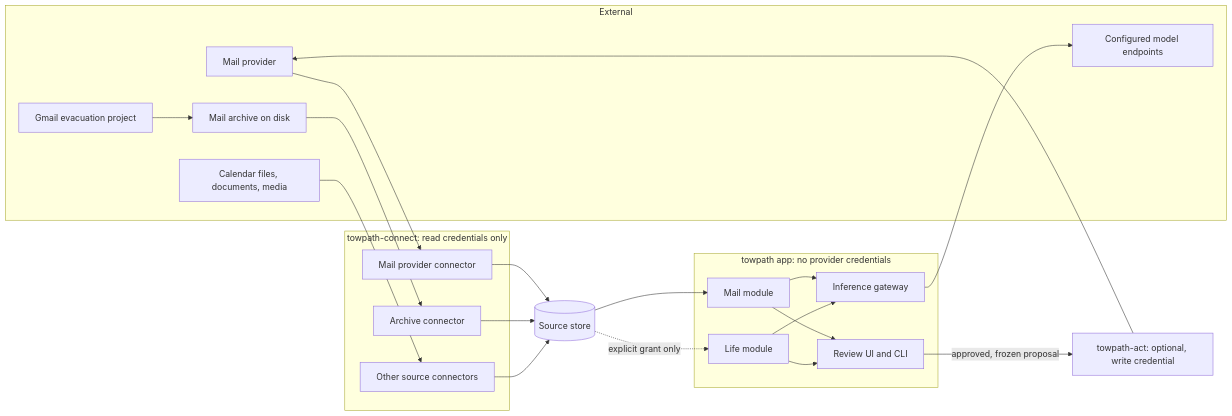
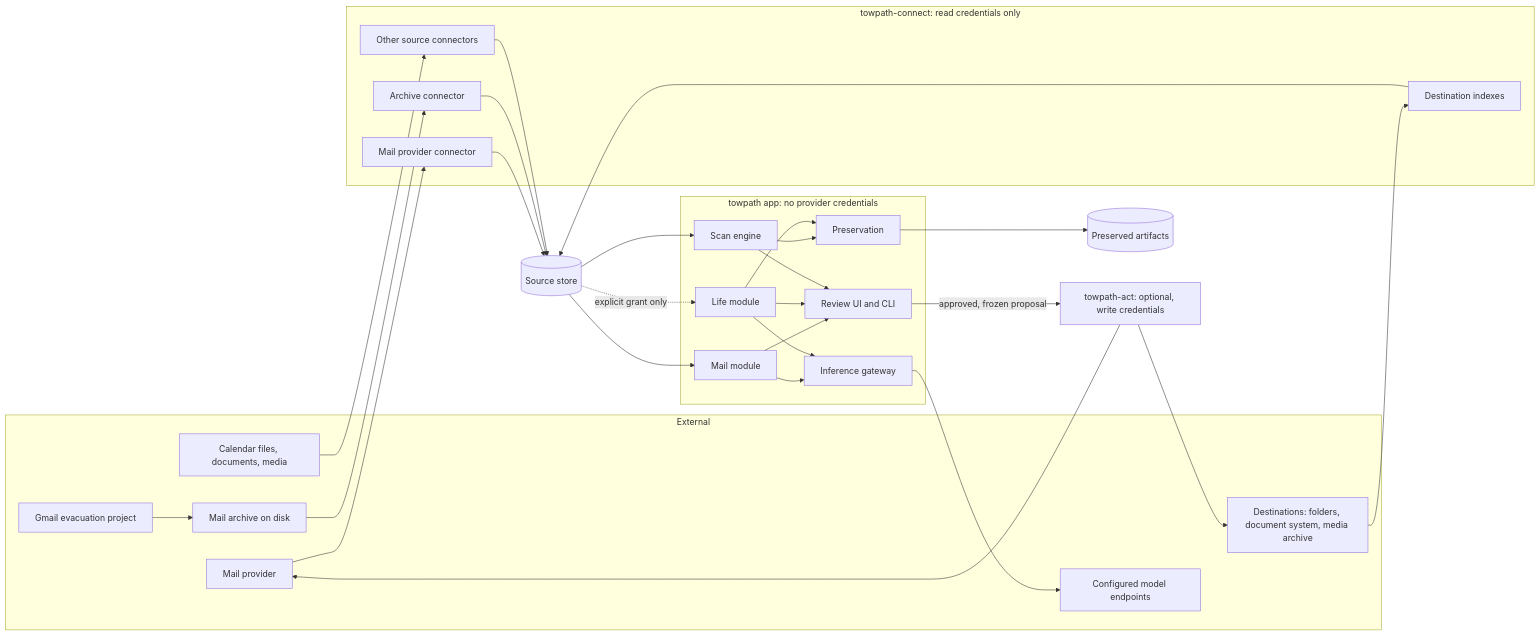
Before and after one commit to endthestart/towpath: the diagram in docs/architecture.md, drawn with Mermaid. The commit also changed other lines of this file and 9 other files, not shown here.

First line of the commit message:
Record owner decisions; add scans, destinations, and preserved artifacts

````diff
--- a/docs/architecture.md
+++ b/docs/architecture.md
@@ -19,44 +19,56 @@
 ```mermaid
 flowchart LR
     subgraph External
         Provider[Mail provider]
         ArchiveFiles[Mail archive on disk]
         Files[Calendar files, documents, media]
         Endpoint[Configured model endpoints]
         Evac[Gmail evacuation project]
+        Dest[Destinations: folders, document system, media archive]
     end
 
     subgraph Connect[towpath-connect: read credentials only]
         MailConn[Mail provider connector]
         ArchConn[Archive connector]
         OtherConn[Other source connectors]
+        DestIdx[Destination indexes]
     end
 
     subgraph App[towpath app: no provider credentials]
         Mail[Mail module]
         Life[Life module]
+        Scan[Scan engine]
+        Keep[Preservation]
         Gateway[Inference gateway]
         Review[Review UI and CLI]
     end
 
-    Act[towpath-act: optional, write credential]
+    Act[towpath-act: optional, write credentials]
 
     Provider --> MailConn
     ArchiveFiles --> ArchConn
     Files --> OtherConn
     MailConn --> SourceStore[(Source store)]
     ArchConn --> SourceStore
     OtherConn --> SourceStore
+    Dest --> DestIdx
+    DestIdx --> SourceStore
 
     SourceStore --> Mail
     SourceStore -. explicit grant only .-> Life
+    SourceStore --> Scan
+    Scan --> Keep
+    Life --> Keep
+    Keep --> Vault[(Preserved artifacts)]
     Mail --> Gateway
     Life --> Gateway
     Gateway --> Endpoint
     Mail --> Review
     Life --> Review
 
+    Scan --> Review
     Review -- approved, frozen proposal --> Act
     Act --> Provider
+    Act --> Dest
     Evac --> ArchiveFiles
 ```
````
